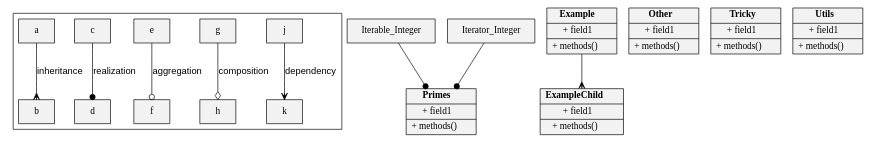
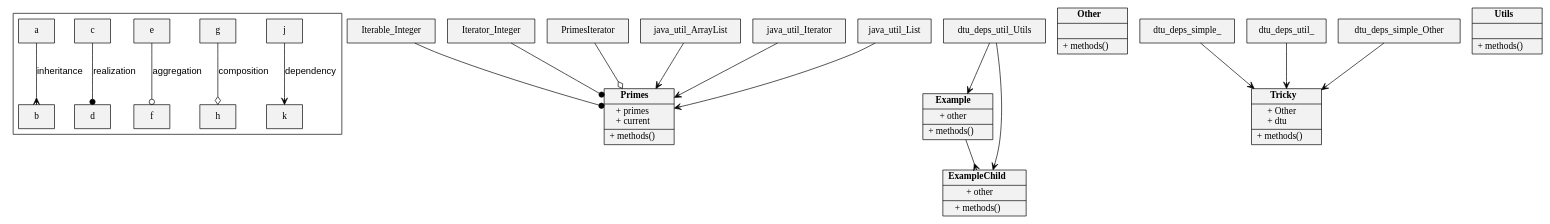
Before and after one commit to Zebzab7/programanalysis: the diagram in graph.dot, drawn with Graphviz. The commit also changed 2 other files, not shown here.

```diff
--- a/graph.dot
+++ b/graph.dot
@@ -1,20 +1,29 @@
 digraph G {
 node [shape=record style=filled fillcolor = gray95]
 edge [fontname="Helvetica,Arial,sans-serif"]
 subgraph cluster {
 j->k[label=" dependency",arrowhead=vee]
 g->h[label=" composition",arrowhead=odiamond]
 e->f[label=" aggregation",arrowhead=odot]
 c->d[label=" realization",arrowhead=dot]
 a->b[label=" inheritance",arrowhead=crow]
 }
-Primes[label = <{<b>Primes</b> |+ field1<br align="left"/>|+ methods()<br align="left"/>}>]
+Primes[label = <{<b>Primes</b> |+ primes<br align="left"/>+ current<br align="left"/>|+ methods()<br align="left"/>}>]
 Iterable_Integer->Primes[arrowhead=dot]
 Iterator_Integer->Primes[arrowhead=dot]
-Example[label = <{<b>Example</b> |+ field1<br align="left"/>|+ methods()<br align="left"/>}>]
-ExampleChild[label = <{<b>ExampleChild</b> |+ field1<br align="left"/>|+ methods()<br align="left"/>}>]
+PrimesIterator->Primes[arrowhead=odiamond]
+java_util_ArrayList->Primes[arrowhead=vee]
+java_util_Iterator->Primes[arrowhead=vee]
+java_util_List->Primes[arrowhead=vee]
+Example[label = <{<b>Example</b> |+ other<br align="left"/>|+ methods()<br align="left"/>}>]
+dtu_deps_util_Utils->Example[arrowhead=vee]
+ExampleChild[label = <{<b>ExampleChild</b> |+ other<br align="left"/>|+ methods()<br align="left"/>}>]
 Example->ExampleChild[arrowhead=crow]
-Other[label = <{<b>Other</b> |+ field1<br align="left"/>|+ methods()<br align="left"/>}>]
-Tricky[label = <{<b>Tricky</b> |+ field1<br align="left"/>|+ methods()<br align="left"/>}>]
-Utils[label = <{<b>Utils</b> |+ field1<br align="left"/>|+ methods()<br align="left"/>}>]
+dtu_deps_util_Utils->ExampleChild[arrowhead=vee]
+Other[label = <{<b>Other</b> ||+ methods()<br align="left"/>}>]
+Tricky[label = <{<b>Tricky</b> |+ Other<br align="left"/>+ dtu<br align="left"/>|+ methods()<br align="left"/>}>]
+dtu_deps_simple_->Tricky[arrowhead=vee]
+dtu_deps_util_->Tricky[arrowhead=vee]
+dtu_deps_simple_Other->Tricky[arrowhead=vee]
+Utils[label = <{<b>Utils</b> ||+ methods()<br align="left"/>}>]
 }
```
